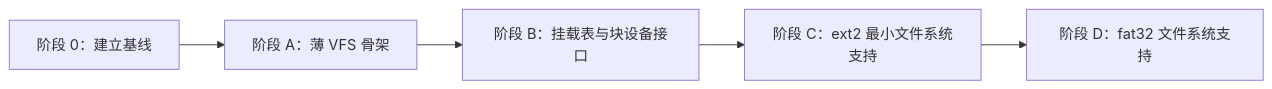
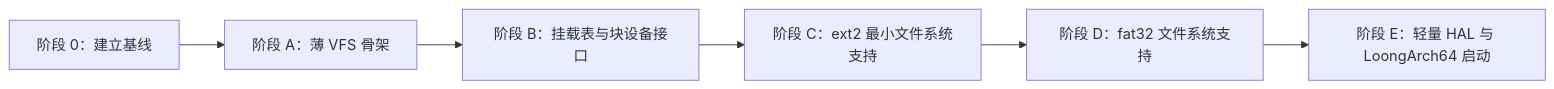
Before and after one commit to twilight-8/Nscscc-xv6-net-dynlink: the diagram in docs/commit_history.md, drawn with Mermaid. The commit also changed other lines of this file and 7 other files, not shown here.

````diff
--- a/docs/commit_history.md
+++ b/docs/commit_history.md
@@ -175,10 +205,11 @@
 ```mermaid
 flowchart LR
     S0["阶段 0：建立基线"]
     SA["阶段 A：薄 VFS 骨架"]
     SB["阶段 B：挂载表与块设备接口"]
     SC["阶段 C：ext2 最小文件系统支持"]
     SD["阶段 D：fat32 文件系统支持"]
+    SE["阶段 E：轻量 HAL 与 LoongArch64 启动"]
 
-    S0 --> SA --> SB --> SC --> SD
+    S0 --> SA --> SB --> SC --> SD --> SE
 ```
````
